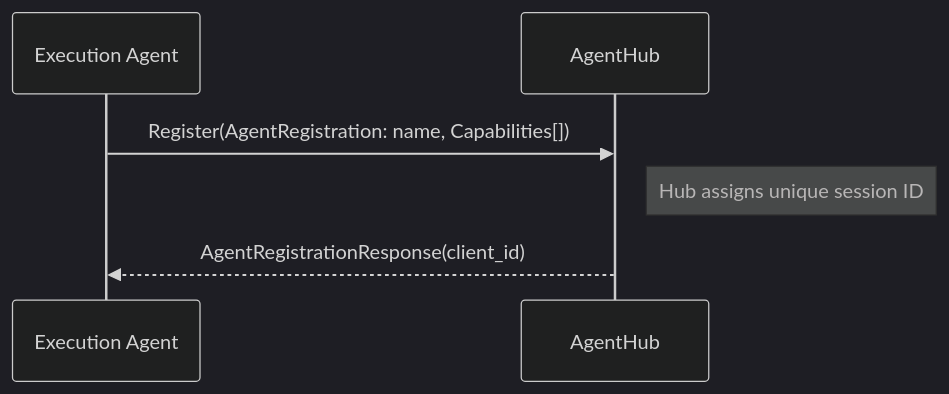
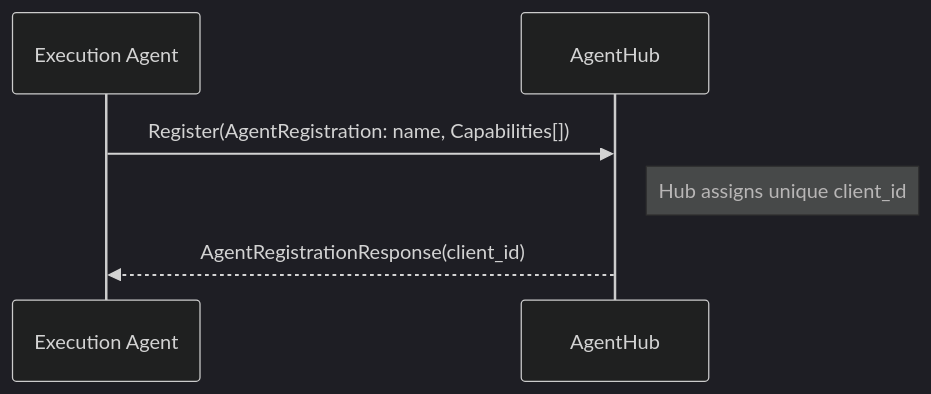
One commit to HSGamer/TestGenesis changed the first of 3 diagrams in specification/PROTOCOL.md. Above: the diagram before and after it, drawn with Mermaid (dark theme). The commit also changed other lines of this file, not shown here.

Commit message:
docs: update PROTOCOL.md to consolidate execution logic into the AgentHub service and clarify stream-based session management

````diff
--- a/specification/PROTOCOL.md
+++ b/specification/PROTOCOL.md
@@ -25,9 +25,8 @@
 ```mermaid
 sequenceDiagram
     participant A as Execution Agent
     participant H as AgentHub
-
     A->>H: Register(AgentRegistration: name, Capabilities[])
-    Note right of H: Hub assigns unique session ID
+    Note right of H: Hub assigns unique client_id
     H-->>A: AgentRegistrationResponse(client_id)
 ```
````
